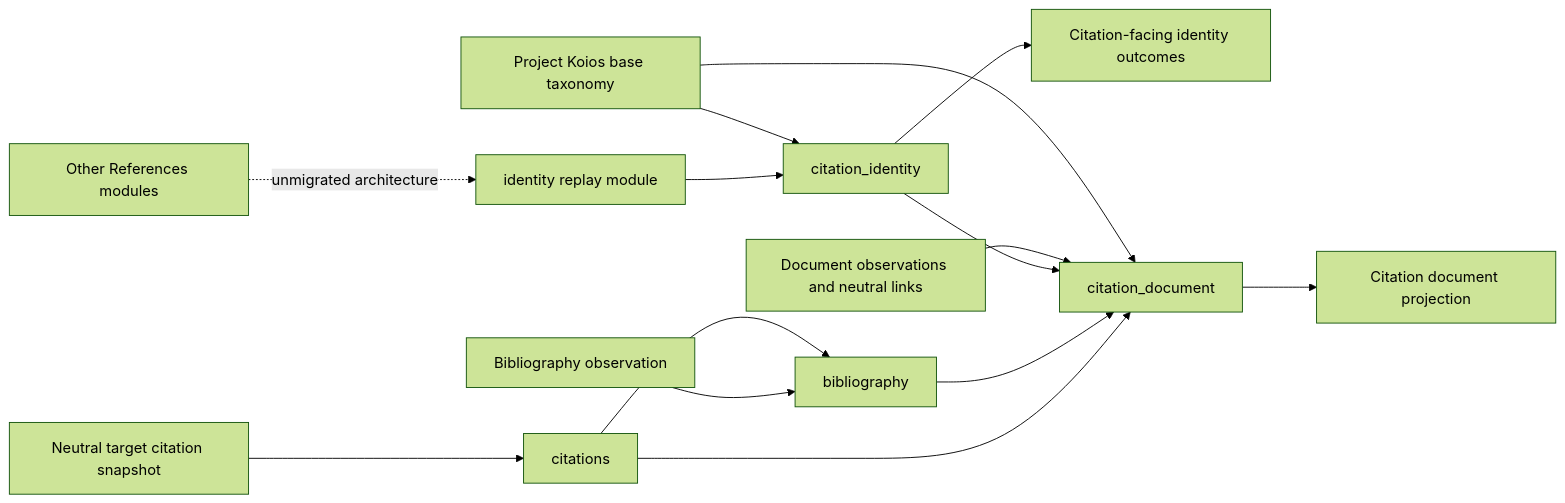
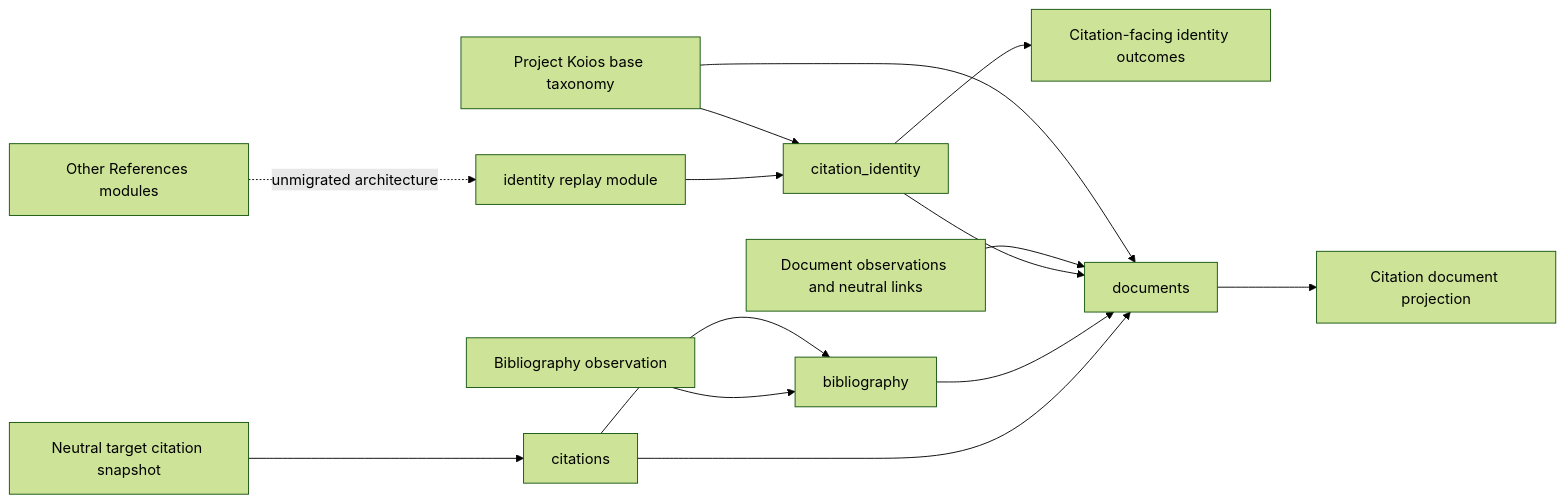
The diagram in docs/architecture/projectkoios/references/schematic.md (eragasa/projectkoios-references), drawn with Mermaid (forest theme) before and after one commit. The commit also changed other lines of this file and 40 other files, not shown here.

Commit message:
Move document control to documents namespace

````diff
--- a/docs/architecture/projectkoios/references/schematic.md
+++ b/docs/architecture/projectkoios/references/schematic.md
@@ -6,16 +6,16 @@
 ```mermaid
 flowchart LR
     I[identity replay module] --> P[citation_identity]
     P --> O[Citation-facing identity outcomes]
     T[Neutral target citation snapshot] --> C[citations]
     O2[Bibliography observation] --> G[bibliography]
     C --> G
-    C --> D[citation_document]
+    C --> D[documents]
     G --> D
     P --> D
     E[Document observations and neutral links] --> D
     D --> R[Citation document projection]
     B[Project Koios base taxonomy] --> P
     B --> D
     U[Other References modules] -. unmigrated architecture .-> I
 ```
````
